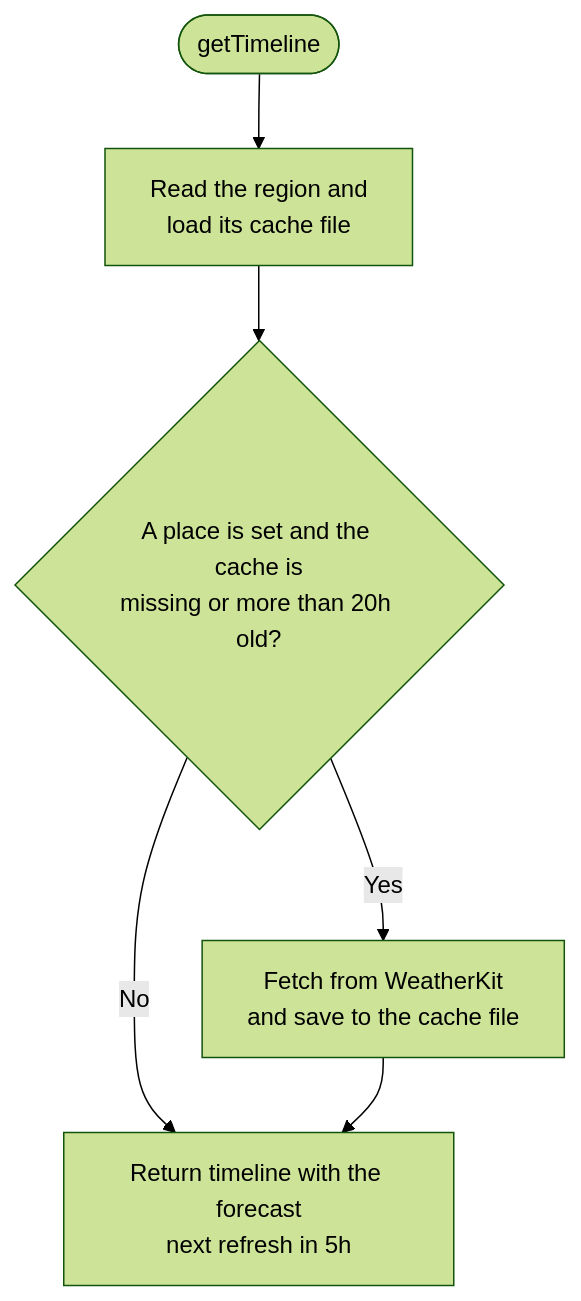
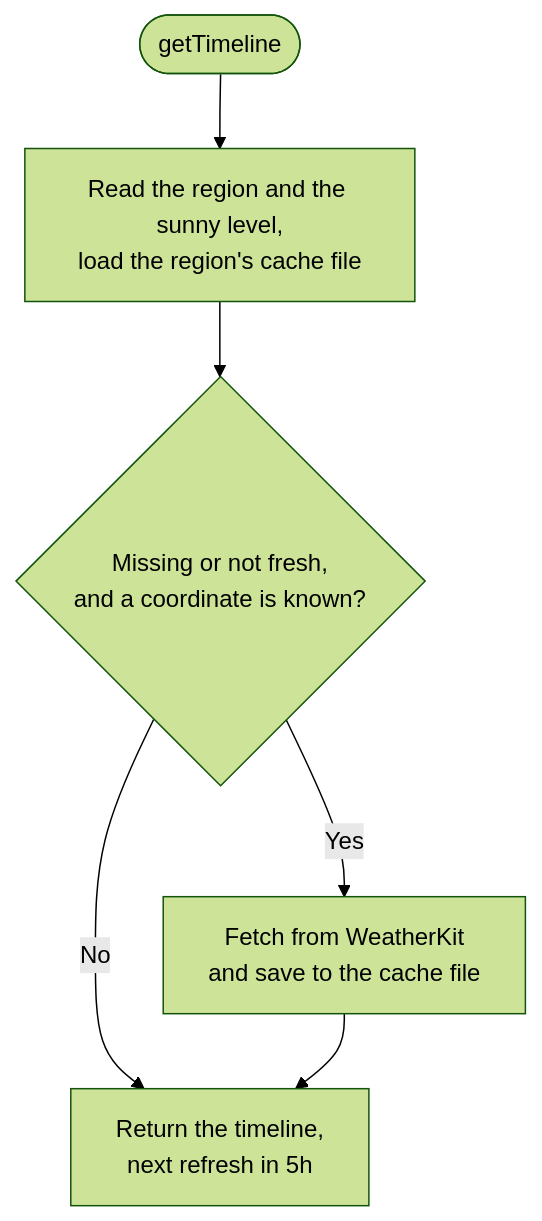
One commit to naipaka/NextSunnyDay-iOS changed the second of 2 diagrams in docs/architecture/weather-fetch-flow.md. Above: the diagram before and after it, drawn with Mermaid (forest theme). The commit also changed other lines of this file and 3 other files, not shown here.

````diff
--- a/docs/architecture/weather-fetch-flow.md
+++ b/docs/architecture/weather-fetch-flow.md
@@ -53,8 +54,8 @@
 ```mermaid
 flowchart TD
-    A([getTimeline]) --> B[Read the region and<br/>load its cache file]
-    B --> C{A place is set and the cache is<br/>missing or more than 20h old?}
-    C -- No --> E[Return timeline with the forecast<br/>next refresh in 5h]
+    A([getTimeline]) --> B[Read the region and the sunny level,<br/>load the region's cache file]
+    B --> C{Missing or not fresh,<br/>and a coordinate is known?}
+    C -- No --> E[Return the timeline,<br/>next refresh in 5h]
     C -- Yes --> D[Fetch from WeatherKit<br/>and save to the cache file]
     D --> E
 ```
````
